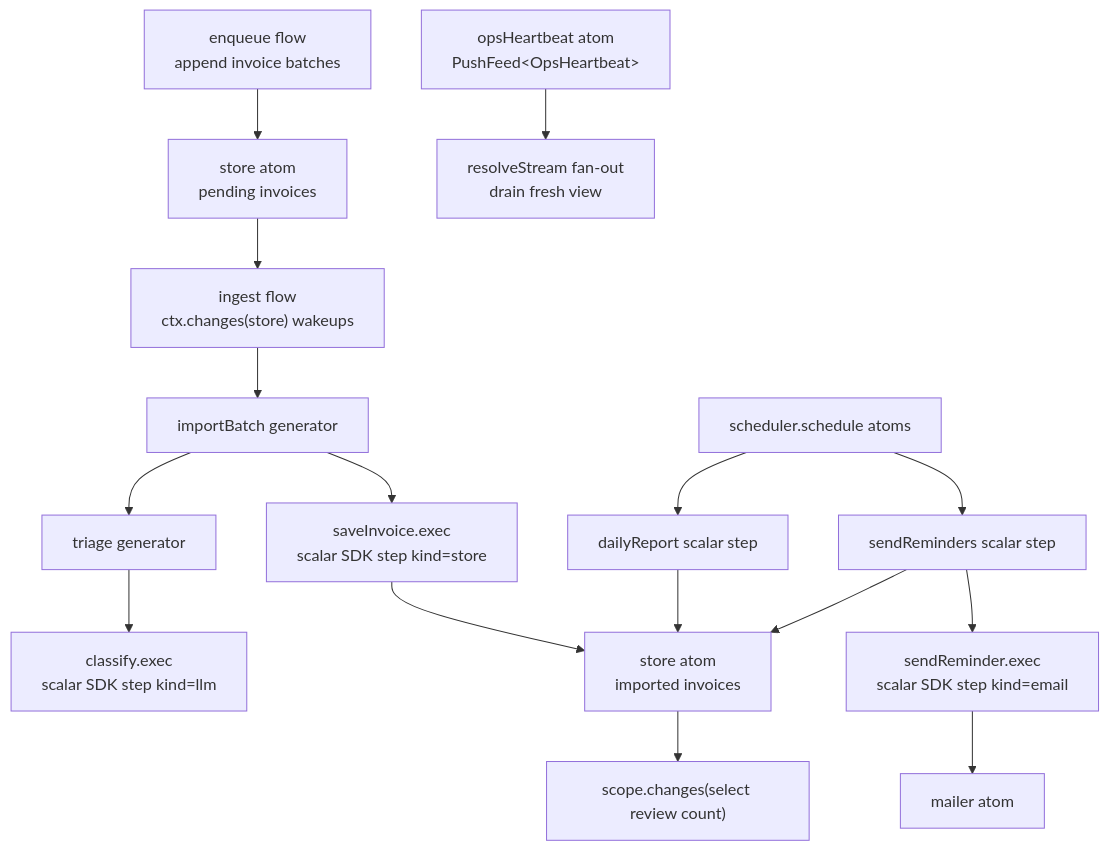
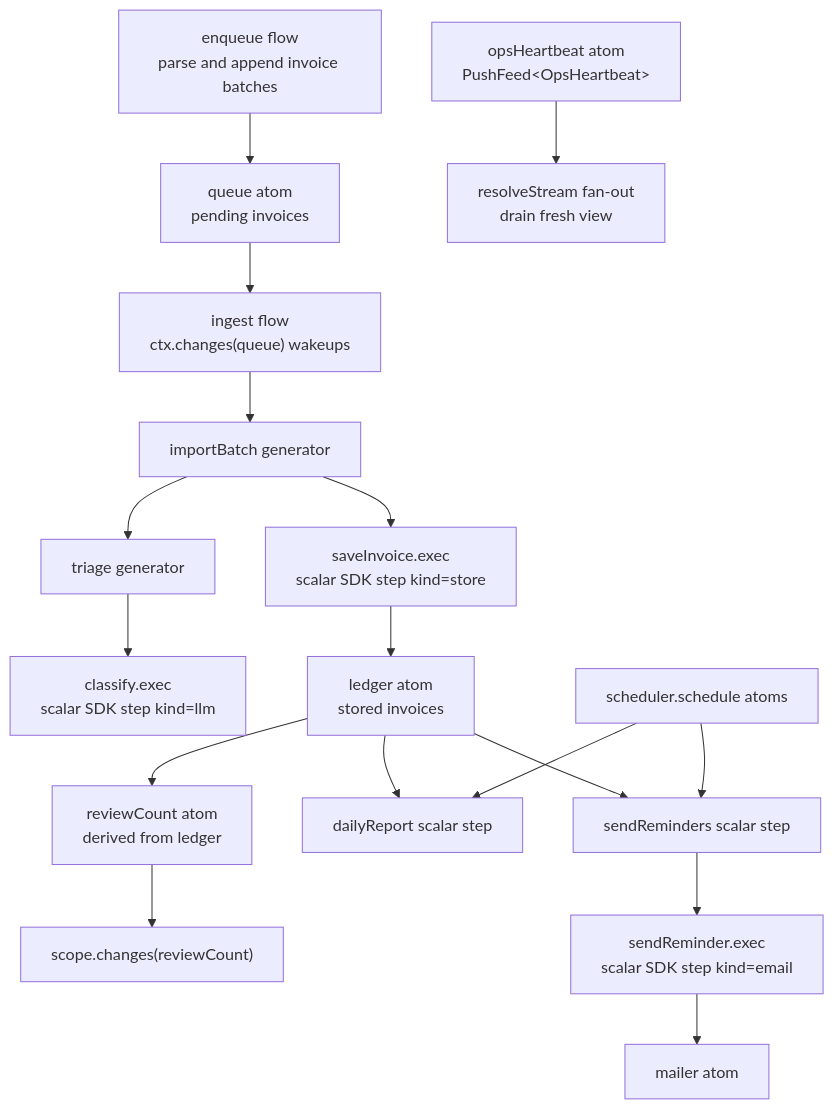
One commit to pumped-fn/pumped-fn changed the diagram in examples/invoice-triage/README.md. Above: the diagram before and after it, drawn with Mermaid. The commit also changed other lines of this file and 8 other files, not shown here.

First line of the commit message:
refactor(examples): dissolve domain.ts — queue/ledger atoms, derived reviewCount, business features as flows

````diff
--- a/examples/invoice-triage/README.md
+++ b/examples/invoice-triage/README.md
@@ -18,18 +18,19 @@
 ```mermaid
 flowchart TD
-  Producer["enqueue flow<br/>append invoice batches"] --> Queue["store atom<br/>pending invoices"]
-  Queue --> Ingest["ingest flow<br/>ctx.changes(store) wakeups"]
+  Producer["enqueue flow<br/>parse and append invoice batches"] --> Queue["queue atom<br/>pending invoices"]
+  Queue --> Ingest["ingest flow<br/>ctx.changes(queue) wakeups"]
   Ingest --> Import["importBatch generator"]
   Import --> Triage["triage generator"]
   Triage --> Classify["classify.exec<br/>scalar SDK step kind=llm"]
   Import --> Save["saveInvoice.exec<br/>scalar SDK step kind=store"]
-  Save --> Store["store atom<br/>imported invoices"]
-  Store --> Ops["scope.changes(select review count)"]
+  Save --> Ledger["ledger atom<br/>stored invoices"]
+  Ledger --> Review["reviewCount atom<br/>derived from ledger"]
+  Review --> Ops["scope.changes(reviewCount)"]
   Heartbeat["opsHeartbeat atom<br/>PushFeed&lt;OpsHeartbeat&gt;"] --> Views["resolveStream fan-out<br/>drain fresh view"]
   Scheduler["scheduler.schedule atoms"] --> Report["dailyReport scalar step"]
   Scheduler --> Reminders["sendReminders scalar step"]
   Reminders --> SendOne["sendReminder.exec<br/>scalar SDK step kind=email"]
   SendOne --> Mailer["mailer atom"]
-  Report --> Store
-  Reminders --> Store
+  Ledger --> Report
+  Ledger --> Reminders
 ```
````
